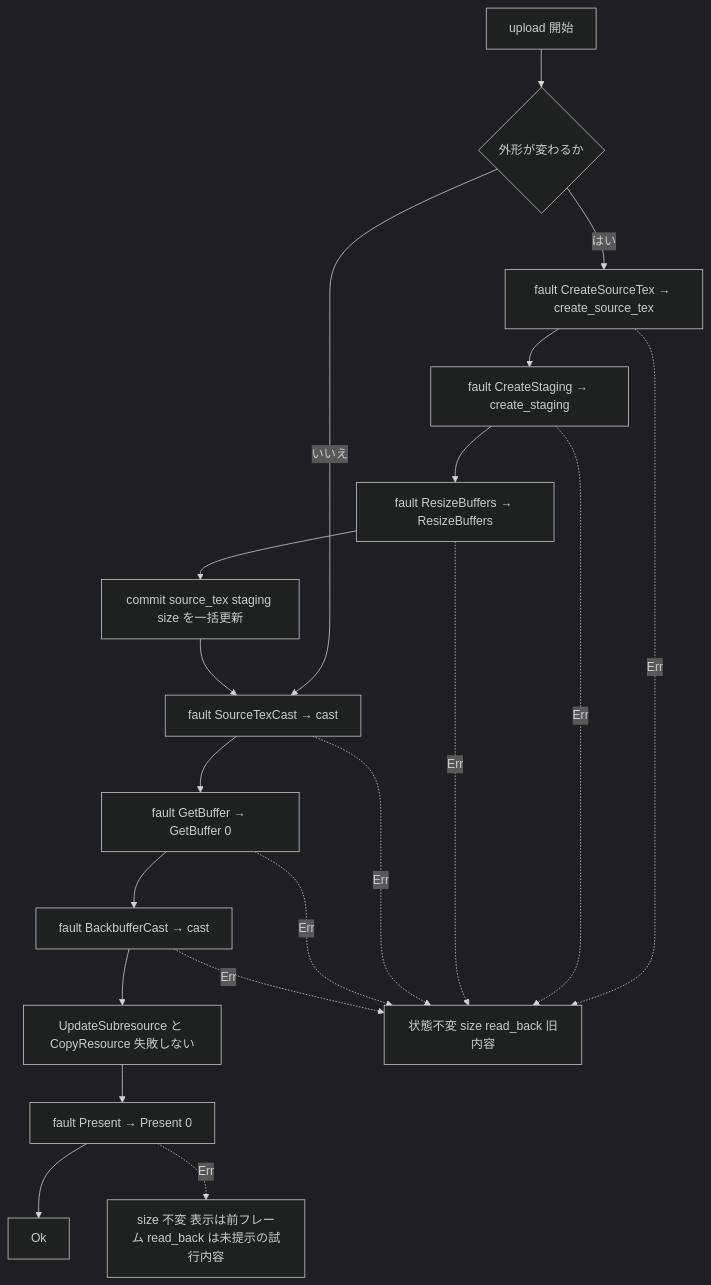
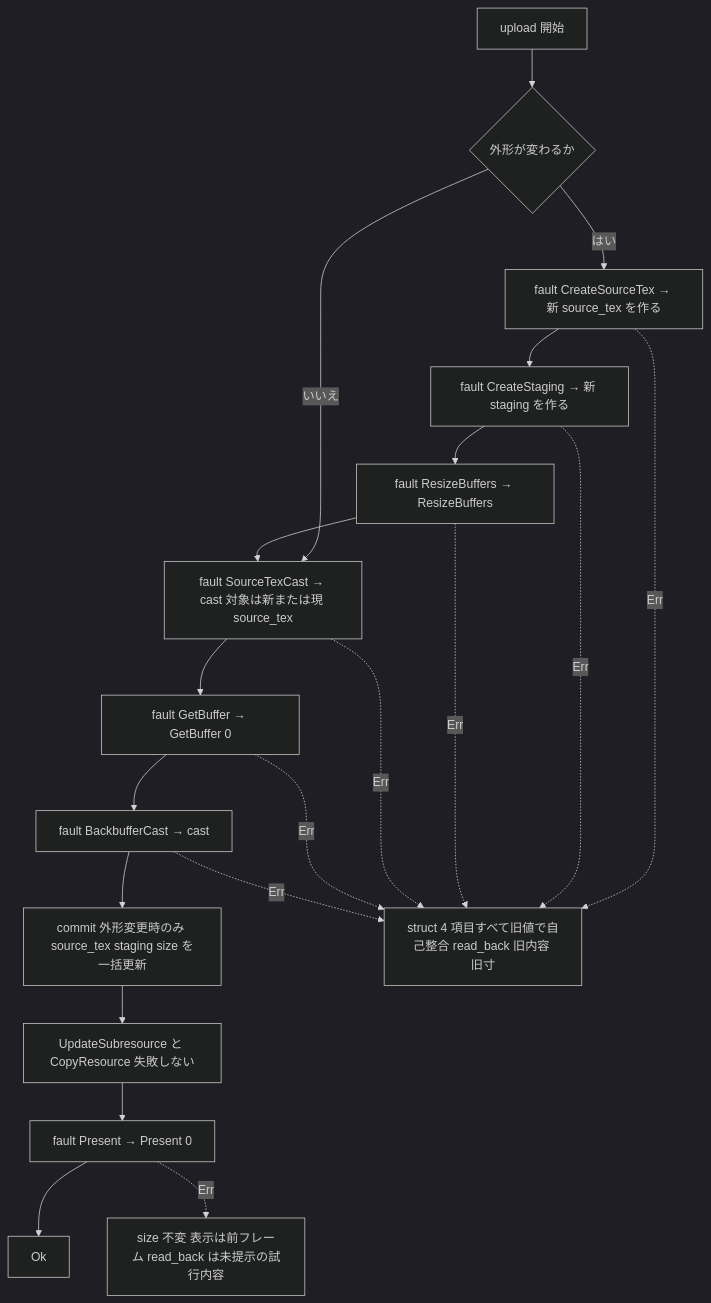
The fourth of 5 diagrams in .kiro/specs/areka-P0-test-cage-determinism/design.md (ekicyou/areka), drawn with Mermaid (dark theme) before and after one commit. The commit also changed other lines of this file and 1 other file, not shown here.

````diff
--- a/.kiro/specs/areka-P0-test-cage-determinism/design.md
+++ b/.kiro/specs/areka-P0-test-cage-determinism/design.md
@@ -219,22 +219,22 @@
 ```mermaid
 flowchart TD
     A[upload 開始] --> B{外形が変わるか}
-    B -- はい --> C[fault CreateSourceTex → create_source_tex]
-    C --> D[fault CreateStaging → create_staging]
+    B -- はい --> C[fault CreateSourceTex → 新 source_tex を作る]
+    C --> D[fault CreateStaging → 新 staging を作る]
     D --> E[fault ResizeBuffers → ResizeBuffers]
-    E --> F[commit source_tex staging size を一括更新]
     B -- いいえ --> G
-    F --> G[fault SourceTexCast → cast]
+    E --> G[fault SourceTexCast → cast 対象は新または現 source_tex]
     G --> H[fault GetBuffer → GetBuffer 0]
     H --> I[fault BackbufferCast → cast]
-    I --> J[UpdateSubresource と CopyResource 失敗しない]
+    I --> F[commit 外形変更時のみ source_tex staging size を一括更新]
+    F --> J[UpdateSubresource と CopyResource 失敗しない]
     J --> K[fault Present → Present 0]
     K --> L[Ok]
-    C -. Err .-> X[状態不変 size read_back 旧内容]
+    C -. Err .-> X[struct 4 項目すべて旧値で自己整合 read_back 旧内容 旧寸]
     D -. Err .-> X
     E -. Err .-> X
     G -. Err .-> X
     H -. Err .-> X
     I -. Err .-> X
     K -. Err .-> Y[size 不変 表示は前フレーム read_back は未提示の試行内容]
 ```
````
